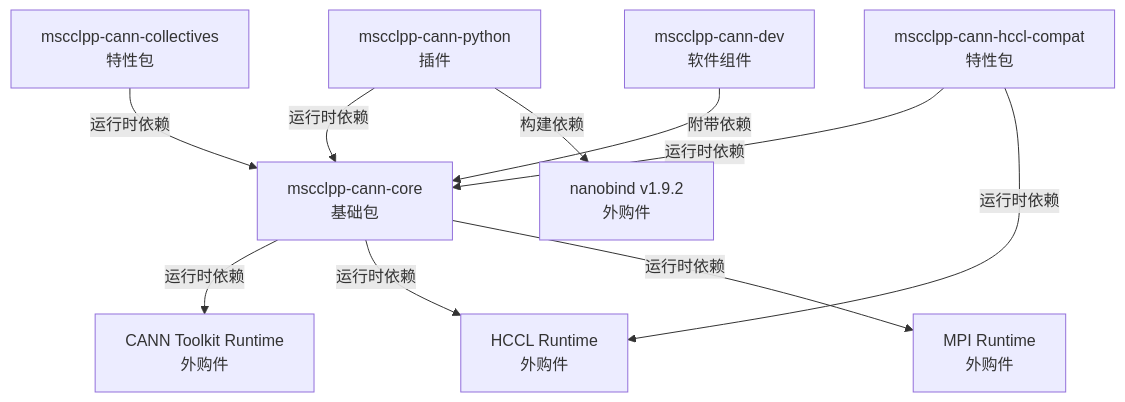
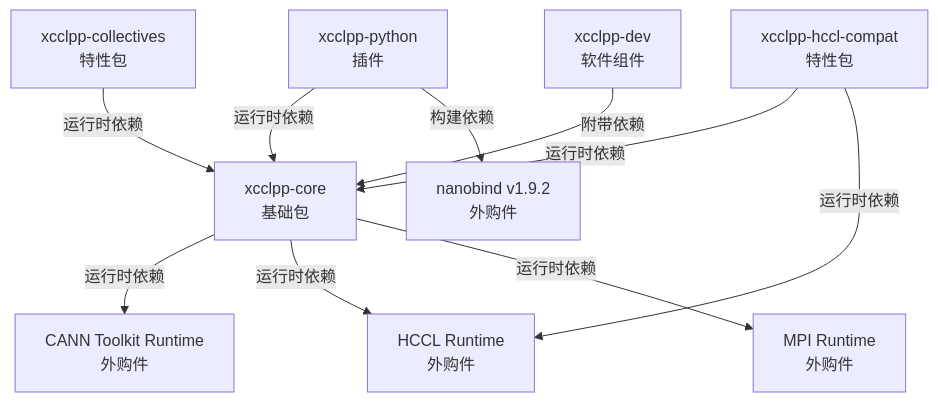
Before and after one commit to wangguimin18-boop/mscclpp: the first of 2 diagrams in docs/specs/2026-06-15-deployment-view.md, drawn with Mermaid. The commit also changed other lines of this file and 1 other file, not shown here.

````diff
--- a/docs/specs/2026-06-15-deployment-view.md
+++ b/docs/specs/2026-06-15-deployment-view.md
@@ -94,26 +94,26 @@
 ```mermaid
 graph TD
-    CORE[mscclpp-cann-core<br/>基础包]
-    PY[mscclpp-cann-python<br/>插件]
-    COLL[mscclpp-cann-collectives<br/>特性包]
-    HCCL_COMPAT[mscclpp-cann-hccl-compat<br/>特性包]
-    DEV[mscclpp-cann-dev<br/>软件组件]
+    CORE[xcclpp-core<br/>基础包]
+    PY[xcclpp-python<br/>插件]
+    COLL[xcclpp-collectives<br/>特性包]
+    HCCL_COMPAT[xcclpp-hccl-compat<br/>特性包]
+    DEV[xcclpp-dev<br/>软件组件]
 
     CANN_RT[CANN Toolkit Runtime<br/>外购件]
     HCCL_RT[HCCL Runtime<br/>外购件]
     MPI[MPI Runtime<br/>外购件]
     NANOBIND[nanobind v1.9.2<br/>外购件]
 
     CORE -->|运行时依赖| CANN_RT
     CORE -->|运行时依赖| HCCL_RT
     CORE -->|运行时依赖| MPI
 
     PY -->|运行时依赖| CORE
     PY -->|构建依赖| NANOBIND
 
     COLL -->|运行时依赖| CORE
     HCCL_COMPAT -->|运行时依赖| CORE
     HCCL_COMPAT -->|运行时依赖| HCCL_RT
 
     DEV -->|附带依赖| CORE
 ```
````
